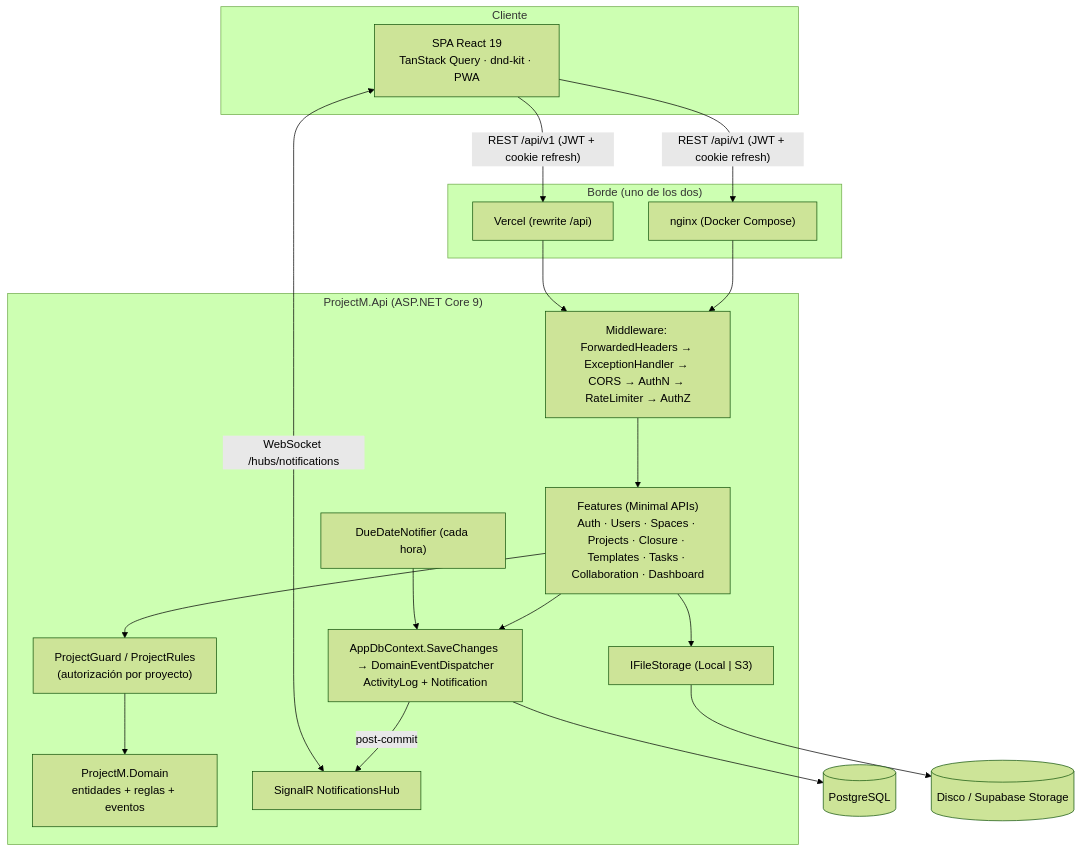
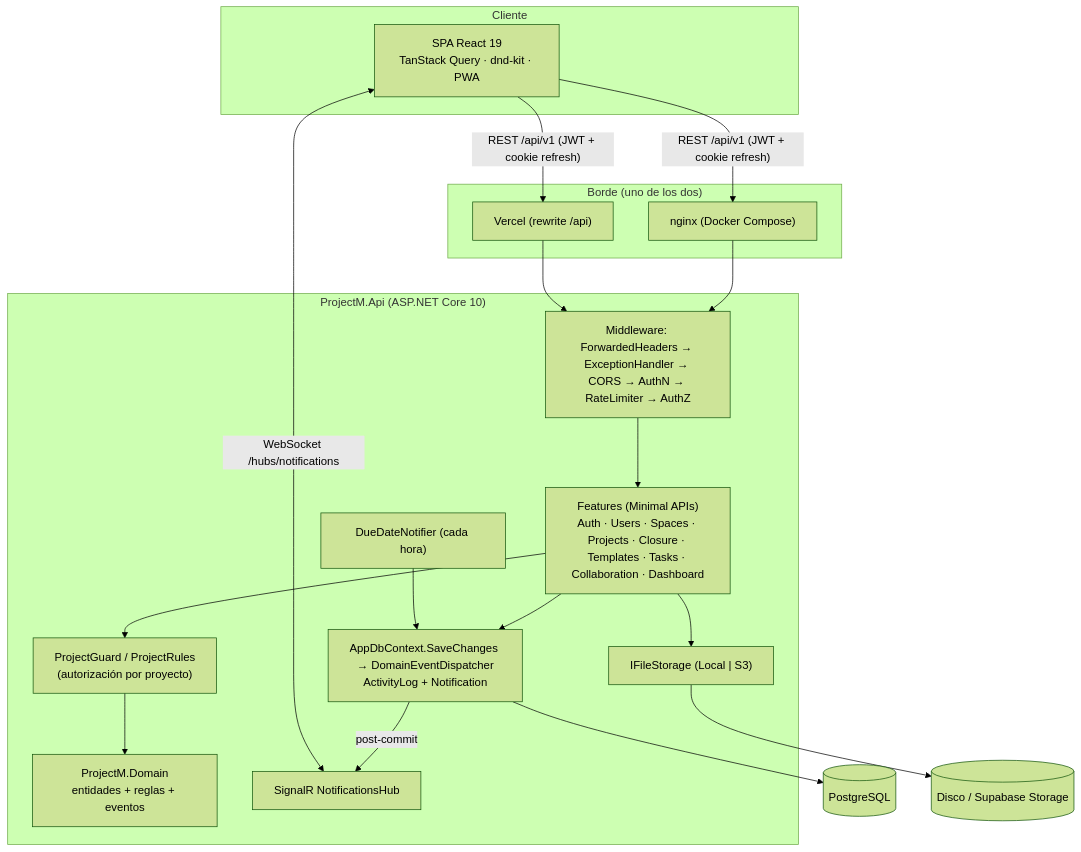
Before and after one commit to ludwigramirez-source/projectM: the first of 2 diagrams in docs/README.md, drawn with Mermaid (forest theme). The commit also changed other lines of this file and 9 other files, not shown here.

````diff
--- a/docs/README.md
+++ b/docs/README.md
@@ -79,31 +79,31 @@
 ```mermaid
 flowchart TB
   subgraph Cliente
     SPA["SPA React 19<br/>TanStack Query · dnd-kit · PWA"]
   end
   subgraph Borde["Borde (uno de los dos)"]
     NG["nginx (Docker Compose)"]
     VC["Vercel (rewrite /api)"]
   end
-  subgraph API["ProjectM.Api (ASP.NET Core 9)"]
+  subgraph API["ProjectM.Api (ASP.NET Core 10)"]
     MW["Middleware: ForwardedHeaders → ExceptionHandler → CORS → AuthN → RateLimiter → AuthZ"]
     FE["Features (Minimal APIs)<br/>Auth · Users · Spaces · Projects · Closure · Templates · Tasks · Collaboration · Dashboard"]
     GU["ProjectGuard / ProjectRules<br/>(autorización por proyecto)"]
     DOM["ProjectM.Domain<br/>entidades + reglas + eventos"]
     EV["AppDbContext.SaveChanges → DomainEventDispatcher<br/>ActivityLog + Notification"]
     HUB["SignalR NotificationsHub"]
     JOB["DueDateNotifier (cada hora)"]
     ST["IFileStorage (Local | S3)"]
   end
   DB[("PostgreSQL")]
   OBJ[("Disco / Supabase Storage")]
 
   SPA -->|"REST /api/v1 (JWT + cookie refresh)"| NG & VC
   NG & VC --> MW --> FE
   FE --> GU --> DOM
   FE --> EV --> DB
   EV -->|post-commit| HUB
   JOB --> EV
   SPA <-->|"WebSocket /hubs/notifications"| HUB
   FE --> ST --> OBJ
 ```
````
